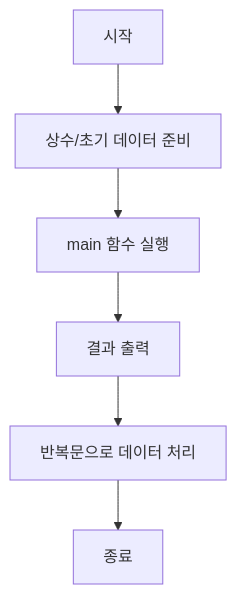
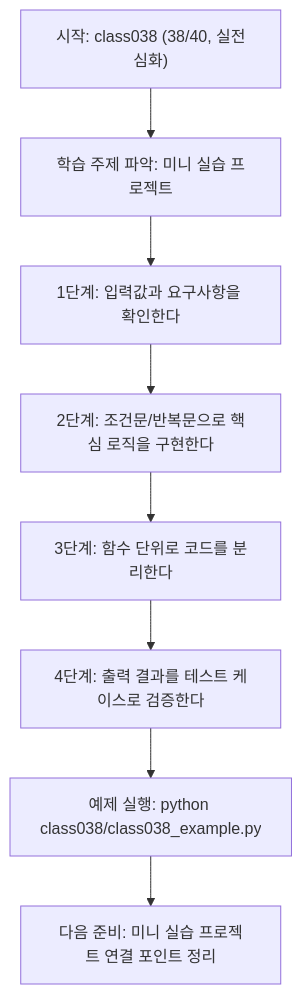
The diagram in class038/class038.md (edumgt/Python-AI_Agent-Class), drawn with Mermaid before and after one commit. The commit also changed other lines of this file and 1012 other files, not shown here.

````diff
--- a/class038/class038.md
+++ b/class038/class038.md
@@ -63,9 +81,18 @@
 ```mermaid
-graph TD
-    N1[시작]
-    N1 --> N2[상수/초기 데이터 준비]
-    N2 --> N3[main 함수 실행]
-    N3 --> N4[결과 출력]
-    N4 --> N5[반복문으로 데이터 처리]
-    N5 --> N6[종료]
+flowchart TD
+N1["시작: class038 (38/40, 실전심화)"]
+N2["학습 주제 파악: 미니 실습 프로젝트"]
+N3["1단계: 입력값과 요구사항을 확인한다"]
+N4["2단계: 조건문/반복문으로 핵심 로직을 구현한다"]
+N5["3단계: 함수 단위로 코드를 분리한다"]
+N6["4단계: 출력 결과를 테스트 케이스로 검증한다"]
+N7["예제 실행: python class038/class038_example.py"]
+N8["다음 준비: 미니 실습 프로젝트 연결 포인트 정리"]
+N1 --> N2
+N2 --> N3
+N3 --> N4
+N4 --> N5
+N5 --> N6
+N6 --> N7
+N7 --> N8
 ```
````
